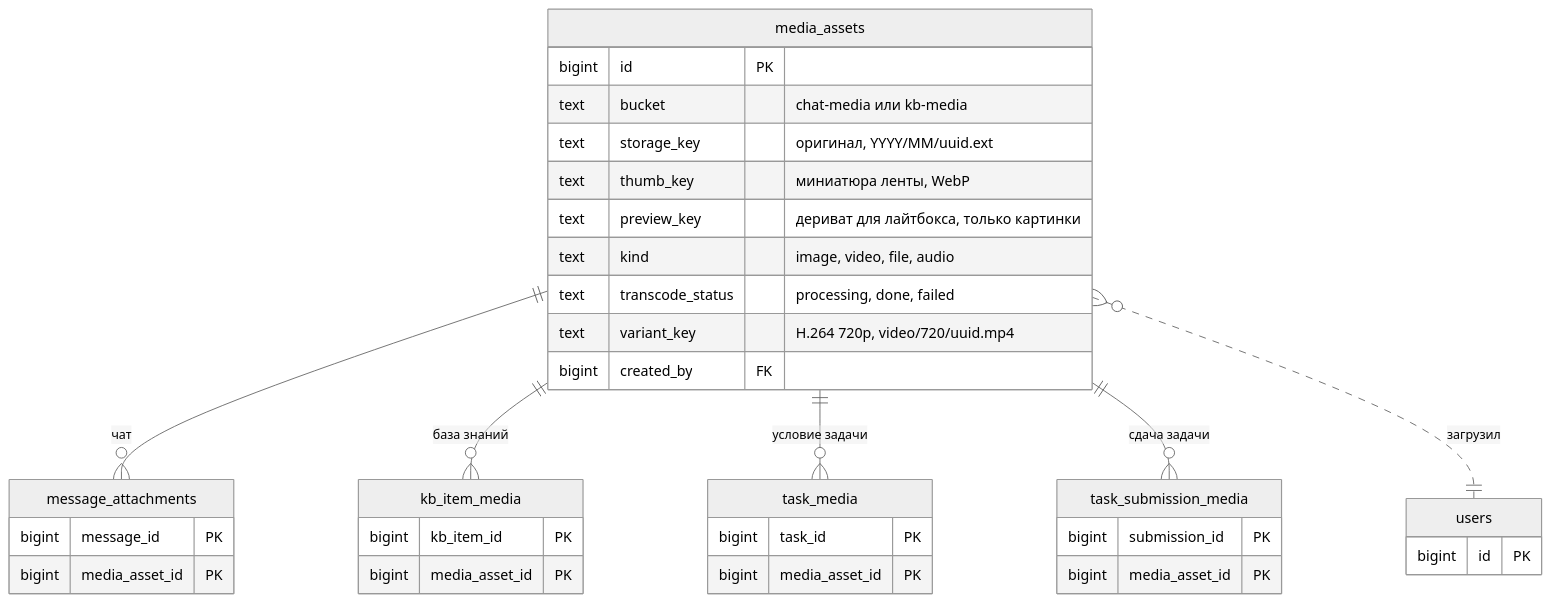
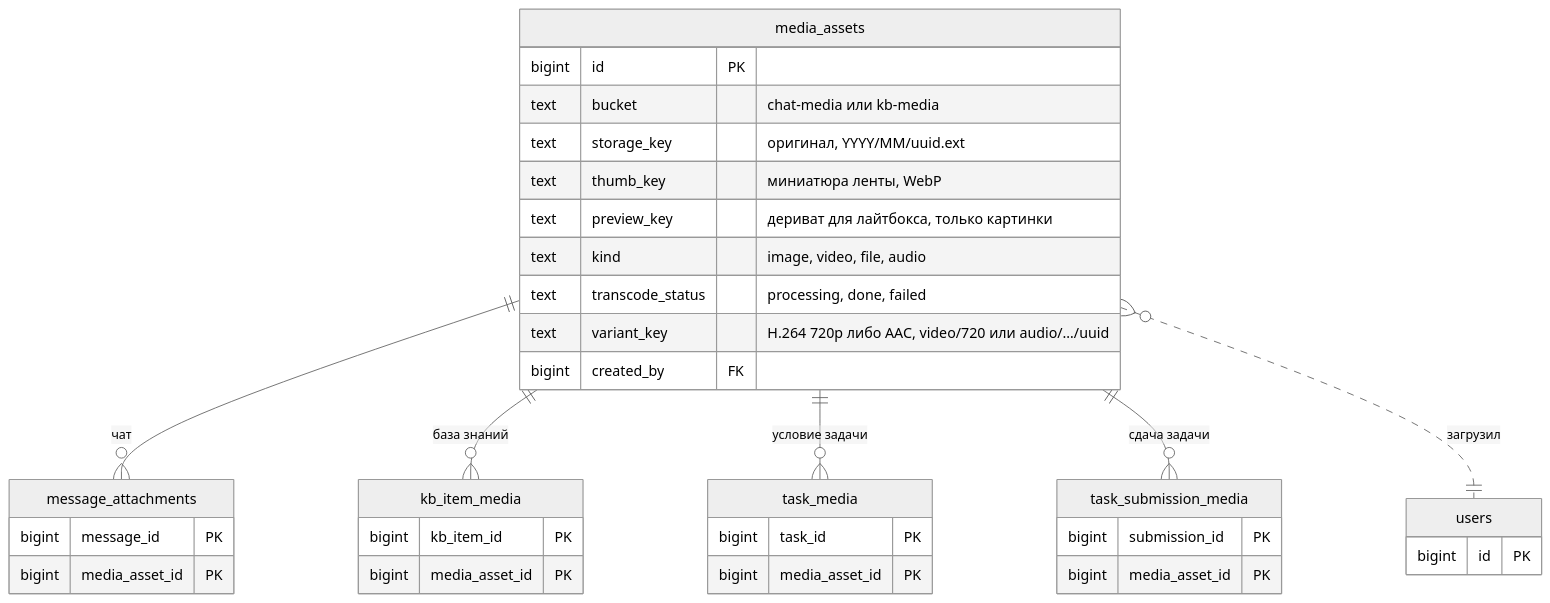
The fourth of 20 diagrams in docs/ARCHITECTURE.md (code-tamer3000/argonautica-platfrorm), drawn with Mermaid (neutral theme) before and after one commit. The commit also changed other lines of this file, not shown here.

First line of the commit message:
docs: синхронизировать ARCHITECTURE.md с реальностью бэкенда

````diff
--- a/docs/ARCHITECTURE.md
+++ b/docs/ARCHITECTURE.md
@@ -207,39 +294,39 @@
 ```mermaid
 erDiagram
     media_assets {
         bigint id PK
         text bucket "chat-media или kb-media"
         text storage_key "оригинал, YYYY/MM/uuid.ext"
         text thumb_key "миниатюра ленты, WebP"
         text preview_key "дериват для лайтбокса, только картинки"
         text kind "image, video, file, audio"
         text transcode_status "processing, done, failed"
-        text variant_key "H.264 720p, video/720/uuid.mp4"
+        text variant_key "H.264 720p либо AAC, video/720 или audio/…/uuid"
         bigint created_by FK
     }
     message_attachments {
         bigint message_id PK
         bigint media_asset_id PK
     }
     kb_item_media {
         bigint kb_item_id PK
         bigint media_asset_id PK
     }
     task_media {
         bigint task_id PK
         bigint media_asset_id PK
     }
     task_submission_media {
         bigint submission_id PK
         bigint media_asset_id PK
     }
     users {
         bigint id PK
     }
 
     media_assets ||--o{ message_attachments : "чат"
     media_assets ||--o{ kb_item_media : "база знаний"
     media_assets ||--o{ task_media : "условие задачи"
     media_assets ||--o{ task_submission_media : "сдача задачи"
     media_assets }o..|| users : "загрузил"
 ```
````
